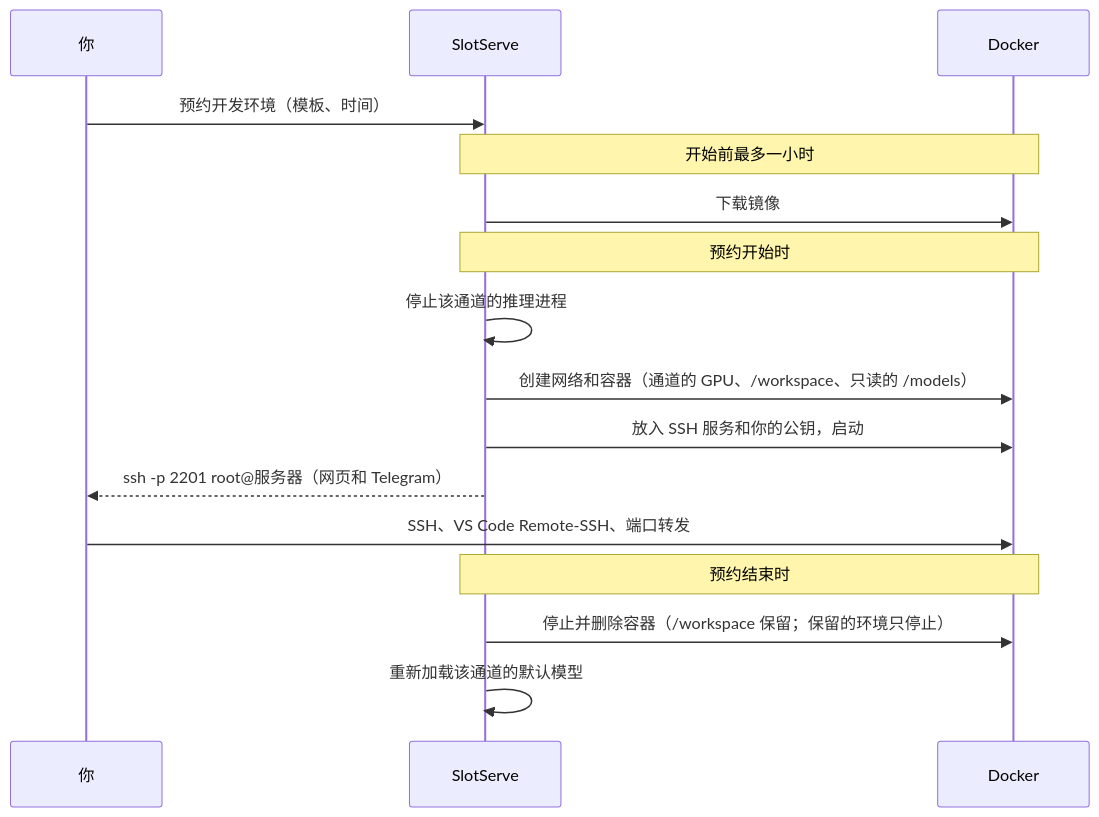
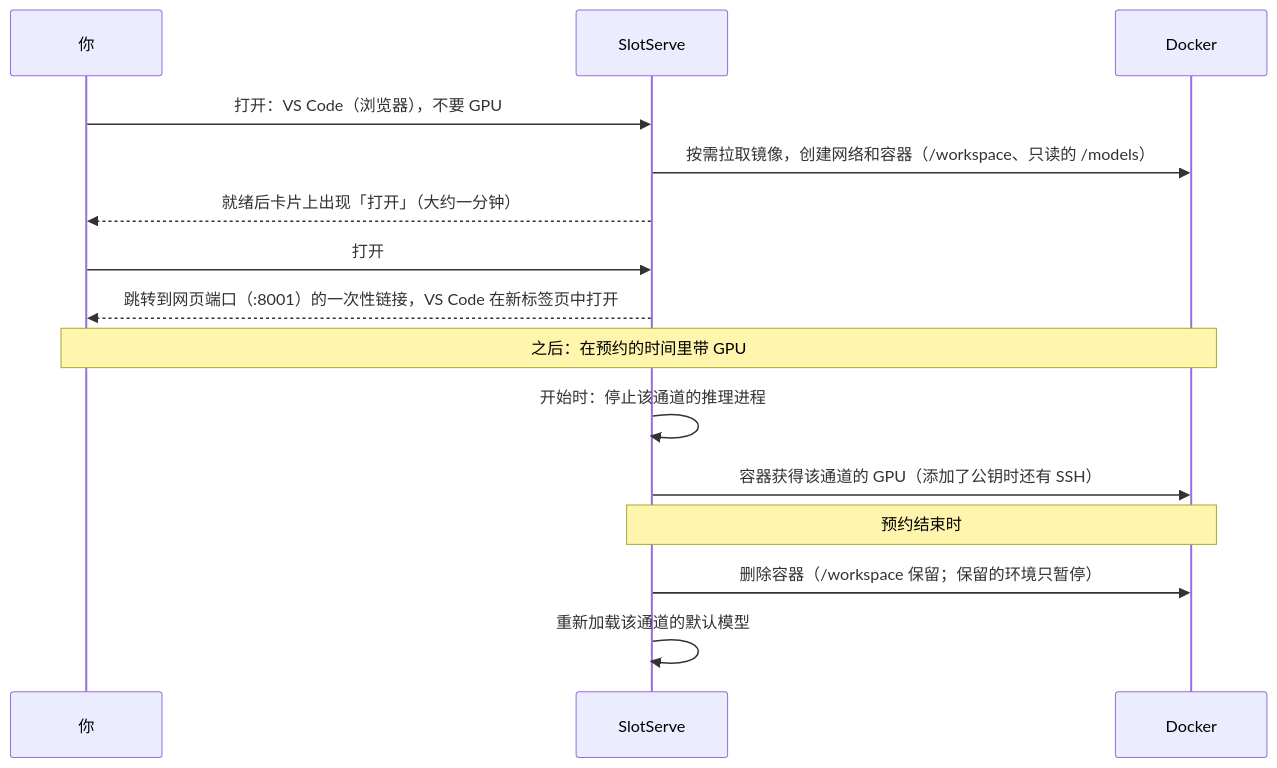
Before and after one commit to PelerYuan/slotserve: the first of 4 diagrams in docs/dev-environments.zh.md, drawn with Mermaid. The commit also changed other lines of this file and 17 other files, not shown here.

````diff
--- a/docs/dev-environments.zh.md
+++ b/docs/dev-environments.zh.md
@@ -5,18 +5,17 @@
 ```mermaid
 sequenceDiagram
     participant U as 你
     participant S as SlotServe
     participant D as Docker
-    U->>S: 预约开发环境（模板、时间）
-    Note over S,D: 开始前最多一小时
-    S->>D: 下载镜像
-    Note over S,D: 预约开始时
-    S->>S: 停止该通道的推理进程
-    S->>D: 创建网络和容器（通道的 GPU、/workspace、只读的 /models）
-    S->>D: 放入 SSH 服务和你的公钥，启动
-    S-->>U: ssh -p 2201 root@服务器（网页和 Telegram）
-    U->>D: SSH、VS Code Remote-SSH、端口转发
+    U->>S: 打开：VS Code（浏览器），不要 GPU
+    S->>D: 按需拉取镜像，创建网络和容器（/workspace、只读的 /models）
+    S-->>U: 就绪后卡片上出现「打开」（大约一分钟）
+    U->>S: 打开
+    S-->>U: 跳转到网页端口（:8001）的一次性链接，VS Code 在新标签页中打开
+    Note over U,D: 之后：在预约的时间里带 GPU
+    S->>S: 开始时：停止该通道的推理进程
+    S->>D: 容器获得该通道的 GPU（添加了公钥时还有 SSH）
     Note over S,D: 预约结束时
-    S->>D: 停止并删除容器（/workspace 保留；保留的环境只停止）
+    S->>D: 删除容器（/workspace 保留；保留的环境只暂停）
     S->>S: 重新加载该通道的默认模型
 ```
````
